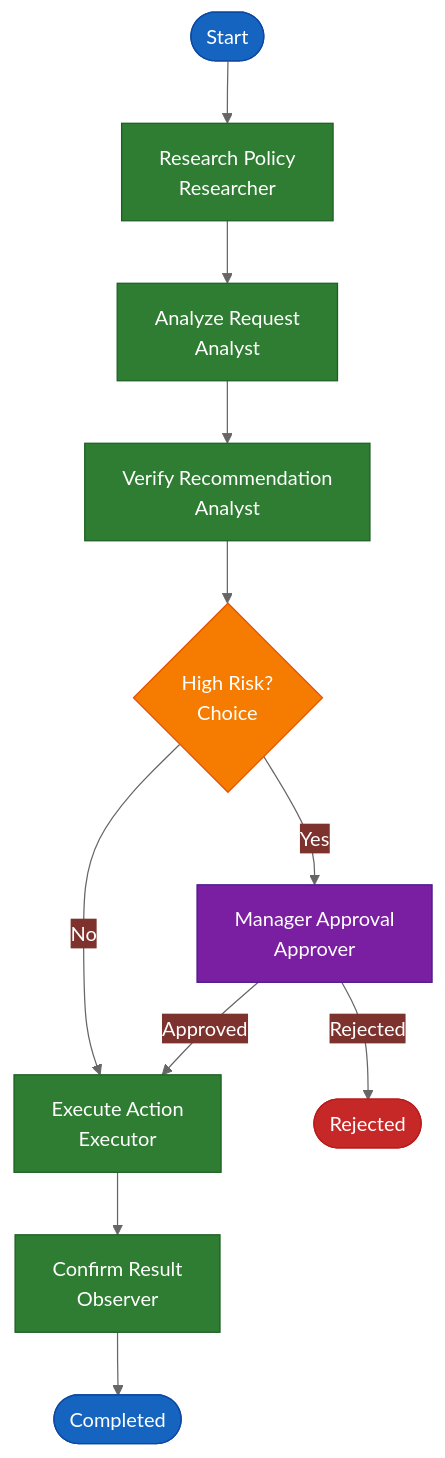
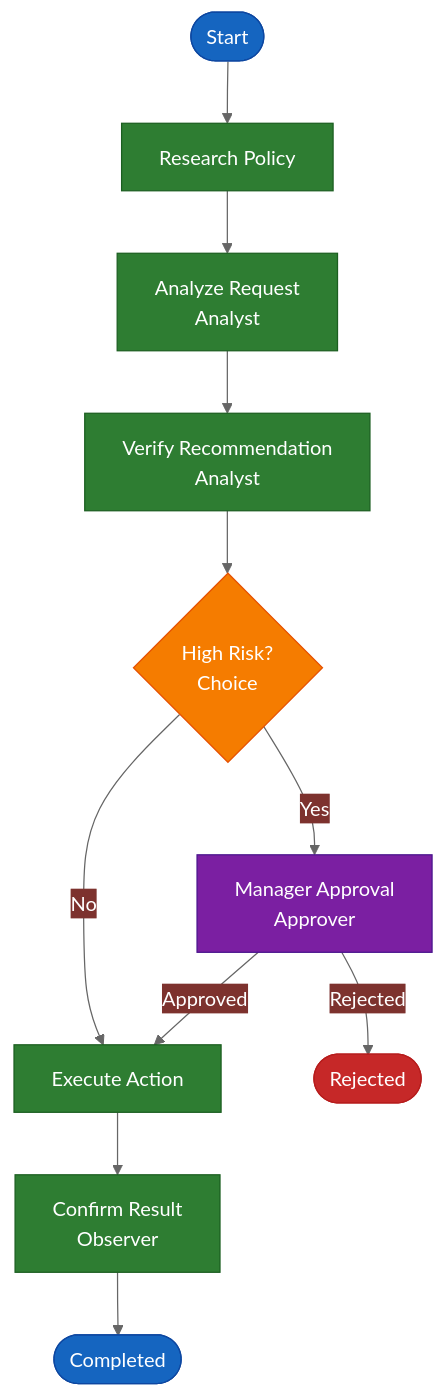
The second of 11 diagrams in docs/reference/visual-patterns.md (gcowin/approachable-workflows), drawn with Mermaid before and after one commit. The commit also changed other lines of this file and 58 other files, not shown here.

````diff
--- a/docs/reference/visual-patterns.md
+++ b/docs/reference/visual-patterns.md
@@ -78,25 +78,25 @@
 ```mermaid
 %%{init: {'theme':'base', 'themeVariables': {'primaryColor':'#2E7D32','primaryTextColor':'#fff','primaryBorderColor':'#1B5E20','lineColor':'#666'}}}%%
 graph TD
-    Start([Start]) --> A[Research Policy<br/>Researcher]
+    Start([Start]) --> A[Research Policy]
     A --> B[Analyze Request<br/>Analyst]
     B --> C[Verify Recommendation<br/>Analyst]
     C --> D{High Risk?<br/>Choice}
     D -->|Yes| E[Manager Approval<br/>Approver]
-    D -->|No| F[Execute Action<br/>Executor]
+    D -->|No| F[Execute Action]
     E -->|Approved| F
     E -->|Rejected| End1([Rejected])
     F --> G[Confirm Result<br/>Observer]
     G --> End2([Completed])
     
     style Start fill:#1565C0,stroke:#0D47A1,color:#fff
     style A fill:#2E7D32,stroke:#1B5E20,color:#fff
     style B fill:#2E7D32,stroke:#1B5E20,color:#fff
     style C fill:#2E7D32,stroke:#1B5E20,color:#fff
     style D fill:#F57C00,stroke:#E65100,color:#fff
     style E fill:#7B1FA2,stroke:#4A148C,color:#fff
     style F fill:#2E7D32,stroke:#1B5E20,color:#fff
     style G fill:#2E7D32,stroke:#1B5E20,color:#fff
     style End1 fill:#C62828,stroke:#B71C1C,color:#fff
     style End2 fill:#1565C0,stroke:#0D47A1,color:#fff
 ```
````
